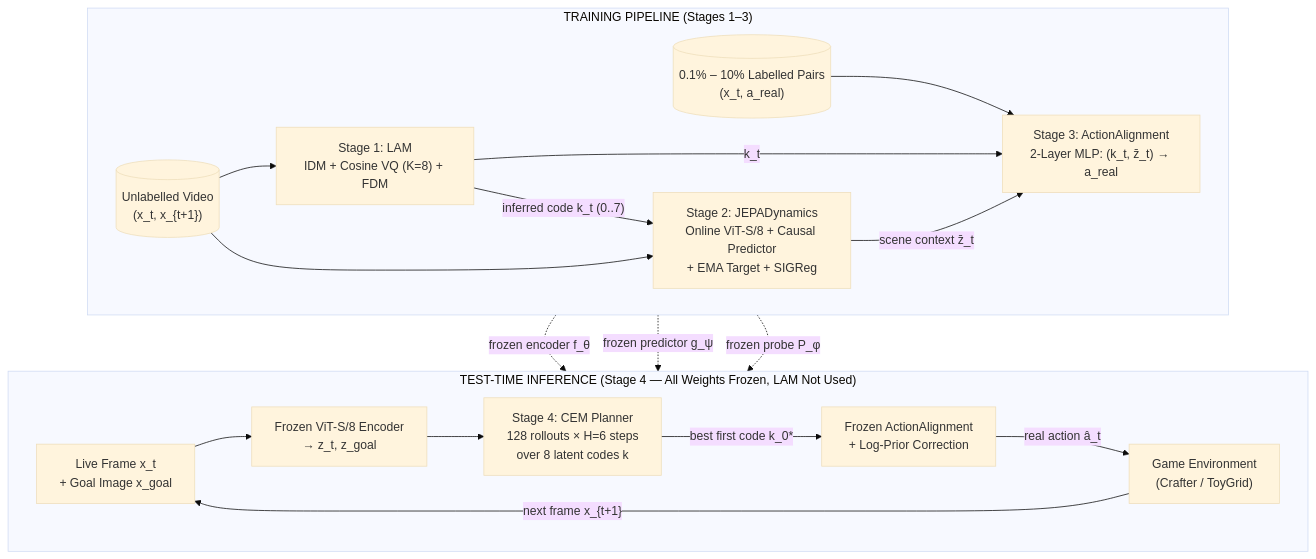
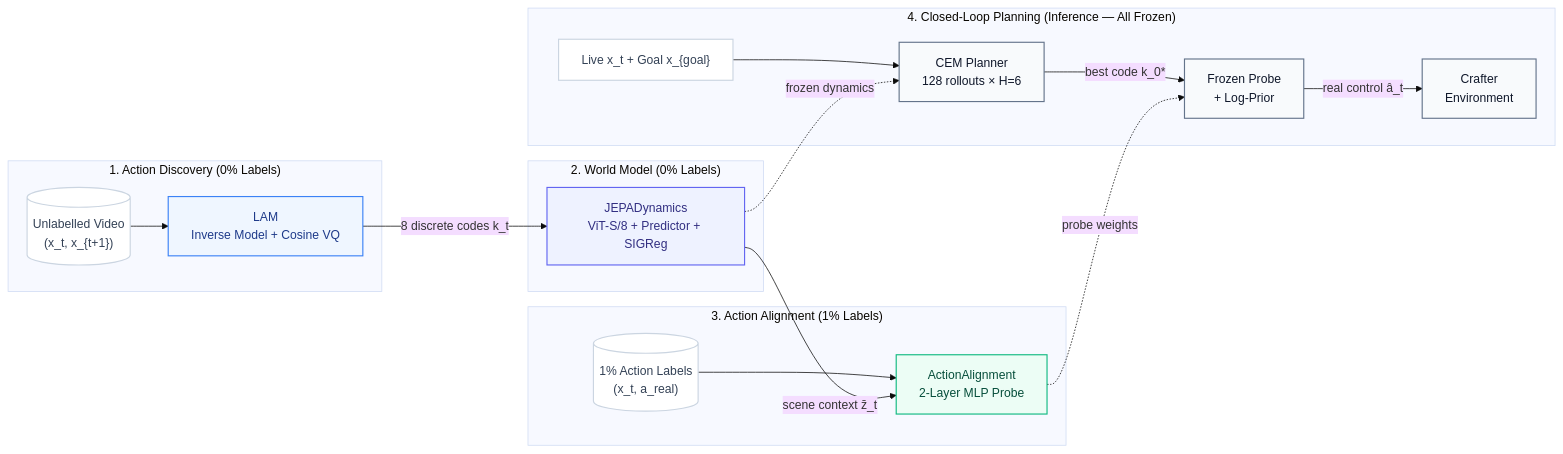
One commit to rivas-vega/latent-play changed the diagram in README.md. Above: the diagram before and after it, drawn with Mermaid (base theme). The commit also changed other lines of this file, not shown here.

Commit message:
docs: modernize section 2 with horizontal flowchart and clean stage dropdowns, removing intermediate tables

````diff
--- a/README.md
+++ b/README.md
@@ -50,25 +40,35 @@
 ```mermaid
-flowchart TB
-    subgraph TRAIN["TRAINING PIPELINE (Stages 1–3)"]
-        direction LR
-        V[("Unlabelled Video<br/>(x_t, x_{t+1})")] --> LAM["Stage 1: LAM<br/>IDM + Cosine VQ (K=8) + FDM"]
-        LAM -- "inferred code k_t (0..7)" --> JEPA["Stage 2: JEPADynamics<br/>Online ViT-S/8 + Causal Predictor<br/>+ EMA Target + SIGReg"]
-        V --> JEPA
-        LAB[("0.1% – 10% Labelled Pairs<br/>(x_t, a_real)")] --> AL["Stage 3: ActionAlignment<br/>2-Layer MLP: (k_t, z̄_t) → a_real"]
-        LAM -- "k_t" --> AL
-        JEPA -- "scene context z̄_t" --> AL
+flowchart LR
+    subgraph S1 ["1. Action Discovery (0% Labels)"]
+        V[("Unlabelled Video<br/>(x_t, x_{t+1})")] --> LAM["LAM<br/>Inverse Model + Cosine VQ"]
     end
 
-    subgraph TEST["TEST-TIME INFERENCE (Stage 4 — All Weights Frozen, LAM Not Used)"]
-        direction LR
-        X["Live Frame x_t<br/>+ Goal Image x_goal"] --> ENC["Frozen ViT-S/8 Encoder<br/>→ z_t, z_goal"]
-        ENC --> CEM["Stage 4: CEM Planner<br/>128 rollouts × H=6 steps<br/>over 8 latent codes k"]
-        CEM -- "best first code k_0*" --> AL2["Frozen ActionAlignment<br/>+ Log-Prior Correction"]
-        AL2 -- "real action â_t" --> ENV["Game Environment<br/>(Crafter / ToyGrid)"]
-        ENV -- "next frame x_{t+1}" --> X
+    subgraph S2 ["2. World Model (0% Labels)"]
+        LAM -->|"8 discrete codes k_t"| JEPA["JEPADynamics<br/>ViT-S/8 + Predictor + SIGReg"]
     end
 
-    JEPA -. "frozen encoder f_θ" .-> ENC
-    JEPA -. "frozen predictor g_ψ" .-> CEM
-    AL -. "frozen probe P_φ" .-> AL2
+    subgraph S3 ["3. Action Alignment (1% Labels)"]
+        LAB[("1% Action Labels<br/>(x_t, a_real)")] --> AL["ActionAlignment<br/>2-Layer MLP Probe"]
+        JEPA -->|"scene context z̄_t"| AL
+    end
+
+    subgraph S4 ["4. Closed-Loop Planning (Inference — All Frozen)"]
+        X["Live x_t + Goal x_{goal}"] --> CEM["CEM Planner<br/>128 rollouts × H=6"]
+        JEPA -.->|"frozen dynamics"| CEM
+        CEM -->|"best code k_0*"| PROBE["Frozen Probe<br/>+ Log-Prior"]
+        AL -.->|"probe weights"| PROBE
+        PROBE -->|"real control â_t"| ENV["Crafter<br/>Environment"]
+    end
+
+    classDef stage1 fill:#EFF6FF,stroke:#3B82F6,stroke-width:1.5px,color:#1E3A8A;
+    classDef stage2 fill:#EEF2FF,stroke:#6366F1,stroke-width:1.5px,color:#312E81;
+    classDef stage3 fill:#ECFDF5,stroke:#10B981,stroke-width:1.5px,color:#064E3B;
+    classDef stage4 fill:#F8FAFC,stroke:#64748B,stroke-width:1.5px,color:#0F172A;
+    classDef data fill:#FFFFFF,stroke:#CBD5E1,stroke-width:1.5px,color:#334155;
+
+    class LAM stage1;
+    class JEPA stage2;
+    class AL stage3;
+    class CEM,PROBE,ENV stage4;
+    class V,LAB,X data;
 ```
````
